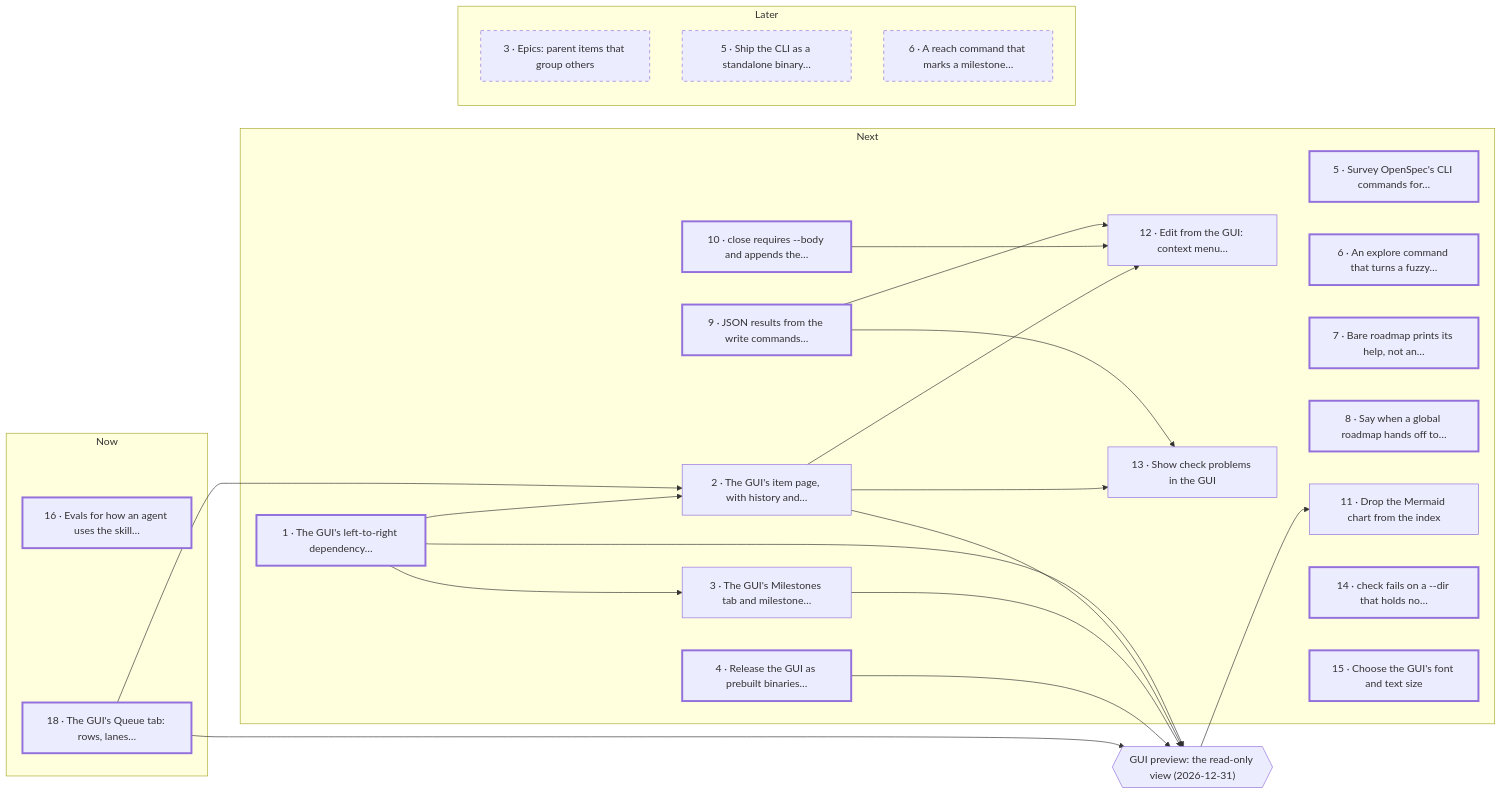
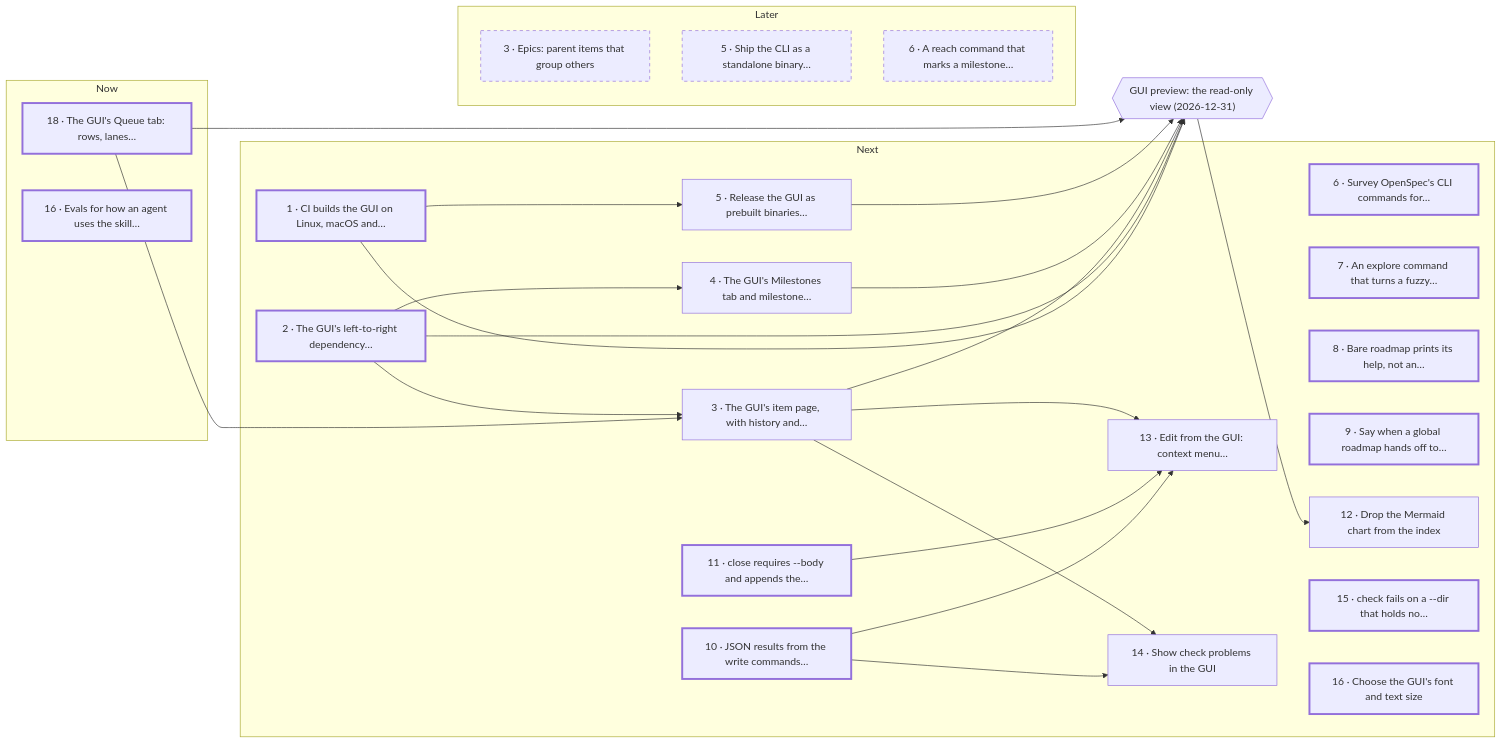
Before and after one commit to carby/simple-agentic-roadmap-skill: the diagram in roadmap/README.md, drawn with Mermaid. The commit also changed other lines of this file and 16 other files, not shown here.

Commit message:
docs(roadmap): file gui-ci-builds

````diff
--- a/roadmap/README.md
+++ b/roadmap/README.md
@@ -42,49 +42,52 @@
 ```mermaid
 flowchart LR
   subgraph b_now ["Now"]
     i_agent_behaviour_evals["16 · Evals for how an agent uses the skill…"]
     i_gui_queue["18 · The GUI's Queue tab: rows, lanes…"]
   end
   subgraph b_next ["Next"]
-    i_gui_dependency_graph["1 · The GUI's left-to-right dependency…"]
-    i_gui_item_page["2 · The GUI's item page, with history and…"]
-    i_gui_milestones["3 · The GUI's Milestones tab and milestone…"]
-    i_gui_release["4 · Release the GUI as prebuilt binaries…"]
-    i_openspec_command_parity["5 · Survey OpenSpec's CLI commands for…"]
-    i_explore_command["6 · An explore command that turns a fuzzy…"]
-    i_help_without_command["7 · Bare roadmap prints its help, not an…"]
-    i_handoff_override["8 · Say when a global roadmap hands off to…"]
-    i_json_write_results["9 · JSON results from the write commands…"]
-    i_close_body["10 · close requires --body and appends the…"]
-    i_drop_mermaid["11 · Drop the Mermaid chart from the index"]
-    i_gui_editing["12 · Edit from the GUI: context menu…"]
-    i_gui_check_panel["13 · Show check problems in the GUI"]
-    i_check_missing_dir["14 · check fails on a --dir that holds no…"]
-    i_gui_font["15 · Choose the GUI's font and text size"]
+    i_gui_ci_builds["1 · CI builds the GUI on Linux, macOS and…"]
+    i_gui_dependency_graph["2 · The GUI's left-to-right dependency…"]
+    i_gui_item_page["3 · The GUI's item page, with history and…"]
+    i_gui_milestones["4 · The GUI's Milestones tab and milestone…"]
+    i_gui_release["5 · Release the GUI as prebuilt binaries…"]
+    i_openspec_command_parity["6 · Survey OpenSpec's CLI commands for…"]
+    i_explore_command["7 · An explore command that turns a fuzzy…"]
+    i_help_without_command["8 · Bare roadmap prints its help, not an…"]
+    i_handoff_override["9 · Say when a global roadmap hands off to…"]
+    i_json_write_results["10 · JSON results from the write commands…"]
+    i_close_body["11 · close requires --body and appends the…"]
+    i_drop_mermaid["12 · Drop the Mermaid chart from the index"]
+    i_gui_editing["13 · Edit from the GUI: context menu…"]
+    i_gui_check_panel["14 · Show check problems in the GUI"]
+    i_check_missing_dir["15 · check fails on a --dir that holds no…"]
+    i_gui_font["16 · Choose the GUI's font and text size"]
   end
   subgraph b_later ["Later"]
     i_epics["3 · Epics: parent items that group others"]
     i_standalone_binary["5 · Ship the CLI as a standalone binary…"]
     i_reach_command["6 · A reach command that marks a milestone…"]
   end
   b_now ~~~ b_next ~~~ b_later
   i_gui_queue --> i_gui_item_page
   i_gui_dependency_graph --> i_gui_item_page
   i_gui_dependency_graph --> i_gui_milestones
+  i_gui_ci_builds --> i_gui_release
   i_json_write_results --> i_gui_editing
   i_close_body --> i_gui_editing
   i_gui_item_page --> i_gui_editing
   i_json_write_results --> i_gui_check_panel
   i_gui_item_page --> i_gui_check_panel
   m_gui_preview{{"GUI preview: the read-only view (2026-12-31)"}}
   i_gui_queue --> m_gui_preview
+  i_gui_ci_builds --> m_gui_preview
   i_gui_dependency_graph --> m_gui_preview
   i_gui_item_page --> m_gui_preview
   i_gui_milestones --> m_gui_preview
   i_gui_release --> m_gui_preview
   m_gui_preview --> i_drop_mermaid
   classDef ready stroke-width: 3px
-  class i_agent_behaviour_evals,i_gui_queue,i_gui_dependency_graph,i_gui_release,i_openspec_command_parity,i_explore_command,i_help_without_command,i_handoff_override,i_json_write_results,i_close_body,i_check_missing_dir,i_gui_font ready
+  class i_agent_behaviour_evals,i_gui_queue,i_gui_ci_builds,i_gui_dependency_graph,i_openspec_command_parity,i_explore_command,i_help_without_command,i_handoff_override,i_json_write_results,i_close_body,i_check_missing_dir,i_gui_font ready
   classDef later stroke-dasharray: 5 5
   class i_epics,i_standalone_binary,i_reach_command later
 ```
````
